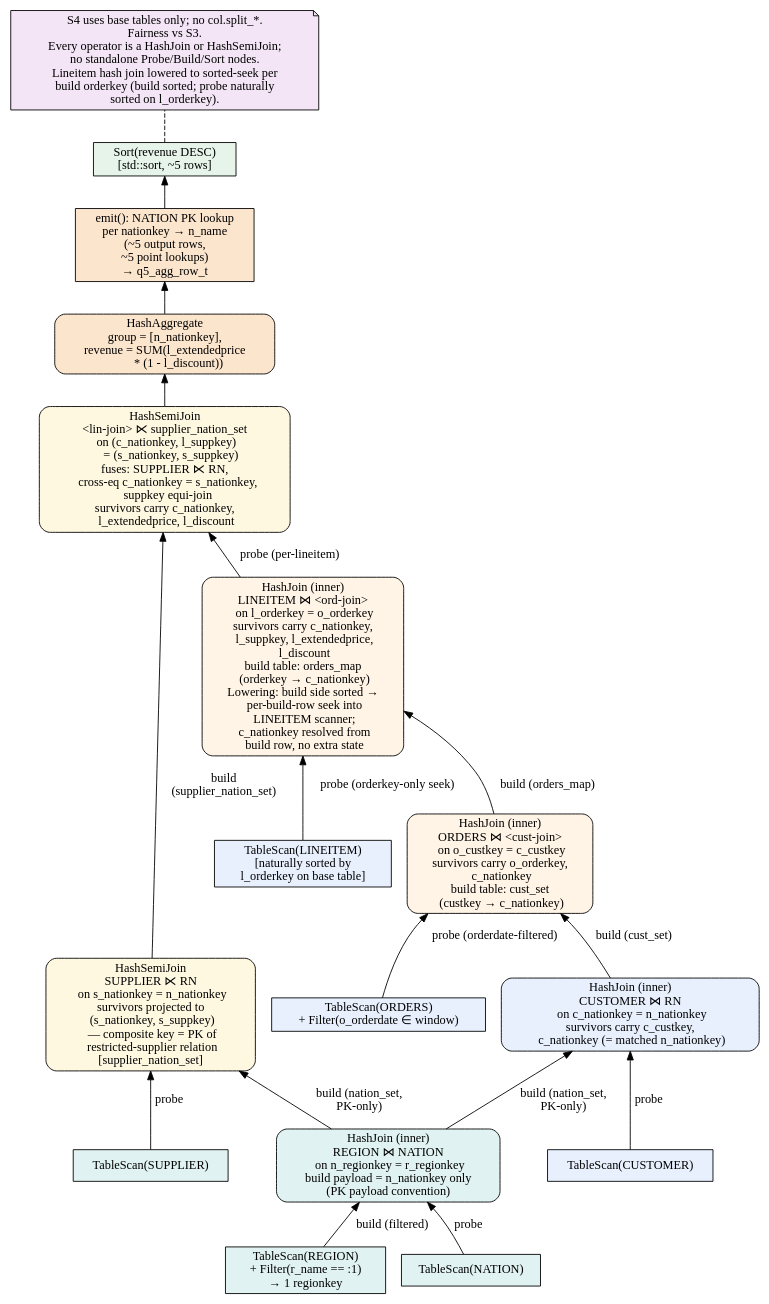
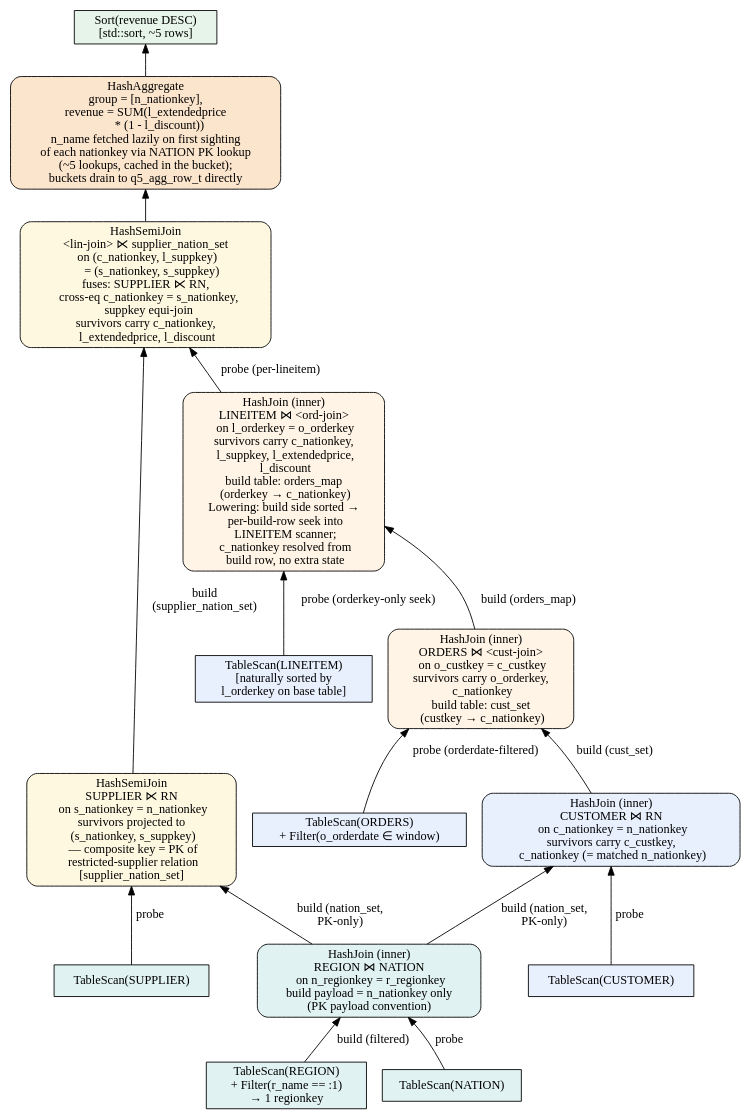
One commit to alicia-lyu/leanstore changed the diagram in frontend/tpch/q5/plans/baseline_s4.dot. Above: the diagram before and after it, drawn with Graphviz. The commit also changed 3 other files, not shown here.

First line of the commit message:
q5: n_name resolved inside chain/walker, not at emit (Phase 10A.2)

```diff
--- a/frontend/tpch/q5/plans/baseline_s4.dot
+++ b/frontend/tpch/q5/plans/baseline_s4.dot
@@ -1,125 +1,121 @@
 // Q5 S4 baseline plan — HashJoin chain over base tables, no merged
 // index. The "no co-location" reference point against which S1/S2/S3
 // are compared.
 //
 // S4 uses base tables only; no col.split_* secondaries. Fairness vs S3.
 //
 // Operator-framing rules used throughout (also applies to
 // family_logical.dot and family_s3_physical.dot):
 //
 //   • "Probe X" and "Build X" are NEVER operator nodes — they are
 //     edge roles into a HashJoin/HashSemiJoin operator. The operator
 //     node is the join; build/probe are labels on its input edges.
 //   • Operator class (HashJoin inner vs HashSemiJoin) is decided by
 //     what the joined record carries downstream — NOT by whether the
 //     build payload happens to be empty.
 //   • Sorted-then-seek loops are HashJoin lowerings (the build side
 //     is sorted and the probe side is naturally sorted on the join
 //     key, so per-build-row seek into the probe scanner is a
 //     physical implementation of the hash join). Draw them as
 //     HashJoin nodes; mention sorted-seek in a comment.
 //
 // Filter pushdown (specific fusions for S4):
 //
 //   • r_name = :1               → fused with TableScan(REGION) before
 //                                  the NATION join's build.
 //   • o_orderdate ∈ window       → fused with TableScan(ORDERS) before
 //                                  ORDERS feeds its probe edge.
 //
 // PRIMARY-KEY PAYLOAD CONVENTION: every hash build carries only the
 // build relation's primary key — no record content. Downstream
 // consumers fetch additional columns via the primary index at
 // consumption time. n_name is the canonical example: it is NOT in
-// any intermediate build; it is fetched at emit time via NATION's
-// primary-index lookup keyed on n_nationkey (~5 lookups per query).
+// any intermediate build payload; the inner-join framing of
+// CUSTOMER ⋈ RN authorizes fetching n_name anywhere downstream.
+// Convention: lazy NATION PK lookup inside the HashAggregate, on
+// first encounter of each new nationkey (~5 lookups per query,
+// cached in the per-nationkey bucket).
 //
 // Asymmetry between the two fan-outs from RN:
 //   CUSTOMER ⋈ RN is HashJoin (inner) — the joined record carries
-//                                       n_nationkey forward, used at
-//                                       emit time to fetch n_name.
+//                                       n_nationkey forward; n_name
+//                                       fetched lazily downstream.
 //   SUPPLIER ⋉ RN is HashSemiJoin    — no NATION column flows
 //                                       downstream from the supplier
 //                                       arm; supplier survivors carry
 //                                       only their own (s_nationkey,
 //                                       s_suppkey).
 //
 // Per-orderkey c_nationkey caching during the LINEITEM hash-join's
 // sorted-seek lowering: when streaming matched lineitems for one
 // build orderkey, c_nationkey is fixed by the build row — no extra
 // state is needed. The cache is internal to the join, not a separate
 // operator.
 
 digraph {
   rankdir=BT;
 
   // ─────────── Shared dimension subtree: RN = REGION ⋈ NATION ───────────
   s_reg [label="TableScan(REGION)\n+ Filter(r_name == :1)\n→ 1 regionkey",
          shape=box, style=filled, fillcolor="#E0F2F1"];
   s_nat [label="TableScan(NATION)",
          shape=box, style=filled, fillcolor="#E0F2F1"];
   rn    [label="HashJoin (inner)\nREGION ⋈ NATION\n  on n_regionkey = r_regionkey\nbuild payload = n_nationkey only\n(PK payload convention)",
          shape=box, style="filled,rounded", fillcolor="#E0F2F1"];
 
   s_reg -> rn [label="build (filtered)"];
   s_nat -> rn [label="probe"];
 
   // ─────────── CUSTOMER ⋈ RN (inner — n_name flows downstream) ───────────
   s_cust  [label="TableScan(CUSTOMER)",
            shape=box, style=filled, fillcolor="#E8F0FE"];
   hj_cust [label="HashJoin (inner)\nCUSTOMER ⋈ RN\n  on c_nationkey = n_nationkey\nsurvivors carry c_custkey,\n  c_nationkey (= matched n_nationkey)",
            shape=box, style="filled,rounded", fillcolor="#E8F0FE"];
 
   rn     -> hj_cust [label="build (nation_set,\nPK-only)"];
   s_cust -> hj_cust [label="probe"];
 
   // ─────────── ORDERS ⋈ CUSTOMER-join-result (inner) ───────────
   s_ord  [label="TableScan(ORDERS)\n+ Filter(o_orderdate ∈ window)",
           shape=box, style=filled, fillcolor="#E8F0FE"];
   hj_ord [label="HashJoin (inner)\nORDERS ⋈ <cust-join>\n  on o_custkey = c_custkey\nsurvivors carry o_orderkey,\n  c_nationkey\nbuild table: cust_set\n  (custkey → c_nationkey)",
           shape=box, style="filled,rounded", fillcolor="#FFF4E5"];
 
   hj_cust -> hj_ord [label="build (cust_set)"];
   s_ord   -> hj_ord [label="probe (orderdate-filtered)"];
 
   // ─────────── LINEITEM ⋈ ORDERS-join-result (inner; sorted-seek lowering) ───────────
   s_lin  [label="TableScan(LINEITEM)\n[naturally sorted by\n l_orderkey on base table]",
           shape=box, style=filled, fillcolor="#E8F0FE"];
   hj_lin [label="HashJoin (inner)\nLINEITEM ⋈ <ord-join>\n  on l_orderkey = o_orderkey\nsurvivors carry c_nationkey,\n  l_suppkey, l_extendedprice,\n  l_discount\nbuild table: orders_map\n  (orderkey → c_nationkey)\nLowering: build side sorted →\n  per-build-row seek into\n  LINEITEM scanner;\n  c_nationkey resolved from\n  build row, no extra state",
           shape=box, style="filled,rounded", fillcolor="#FFF4E5"];
 
   hj_ord -> hj_lin [label="build (orders_map)"];
   s_lin  -> hj_lin [label="probe (orderkey-only seek)"];
 
   // ─────────── SUPPLIER ⋉ RN (semi-join; no NATION column flows past) ───────────
   s_sup  [label="TableScan(SUPPLIER)",
           shape=box, style=filled, fillcolor="#E0F2F1"];
   sj_sup [label="HashSemiJoin\nSUPPLIER ⋉ RN\n  on s_nationkey = n_nationkey\nsurvivors projected to\n  (s_nationkey, s_suppkey)\n  — composite key = PK of\n  restricted-supplier relation\n[supplier_nation_set]",
           shape=box, style="filled,rounded", fillcolor="#FFF8E1"];
 
   rn    -> sj_sup [label="build (nation_set,\nPK-only)"];
   s_sup -> sj_sup [label="probe"];
 
   // ─────────── COL × SUPPLIER composite-key semi-join (fuses cross-eq + suppkey) ───────────
   sj_col_sup [label="HashSemiJoin\n<lin-join> ⋉ supplier_nation_set\n  on (c_nationkey, l_suppkey)\n     = (s_nationkey, s_suppkey)\nfuses: SUPPLIER ⋉ RN,\n   cross-eq c_nationkey = s_nationkey,\n   suppkey equi-join\nsurvivors carry c_nationkey,\n  l_extendedprice, l_discount",
               shape=box, style="filled,rounded", fillcolor="#FFF8E1"];
 
   hj_lin -> sj_col_sup [label="probe (per-lineitem)"];
   sj_sup -> sj_col_sup [label="build\n(supplier_nation_set)"];
 
-  // ─────────── Aggregate + emit ───────────
-  agg [label="HashAggregate\ngroup = [n_nationkey],\nrevenue = SUM(l_extendedprice\n          * (1 - l_discount))",
+  // ─────────── Aggregate (n_name fetched lazily inside) ───────────
+  agg [label="HashAggregate\ngroup = [n_nationkey],\nrevenue = SUM(l_extendedprice\n          * (1 - l_discount))\nn_name fetched lazily on first sighting\nof each nationkey via NATION PK lookup\n(~5 lookups, cached in the bucket);\nbuckets drain to q5_agg_row_t directly",
        shape=box, style="filled,rounded", fillcolor="#FCE5CD"];
-  emit [label="emit(): NATION PK lookup\nper nationkey → n_name\n(~5 output rows,\n ~5 point lookups)\n→ q5_agg_row_t",
-        shape=box, style=filled, fillcolor="#FCE5CD"];
   sort [label="Sort(revenue DESC)\n[std::sort, ~5 rows]",
         shape=box, style=filled, fillcolor="#E6F4EA"];
 
   sj_col_sup -> agg;
-  agg        -> emit;
-  emit       -> sort;
+  agg        -> sort;
 
-  // ─────────── Footer note ───────────
-  footer [label="S4 uses base tables only; no col.split_*.\nFairness vs S3.\nEvery operator is a HashJoin or HashSemiJoin;\nno standalone Probe/Build/Sort nodes.\nLineitem hash join lowered to sorted-seek per\nbuild orderkey (build sorted; probe naturally\nsorted on l_orderkey).",
-          shape=note, style=filled, fillcolor="#F3E5F5"];
-  sort -> footer [style=dashed, arrowhead=none];
 }
```
